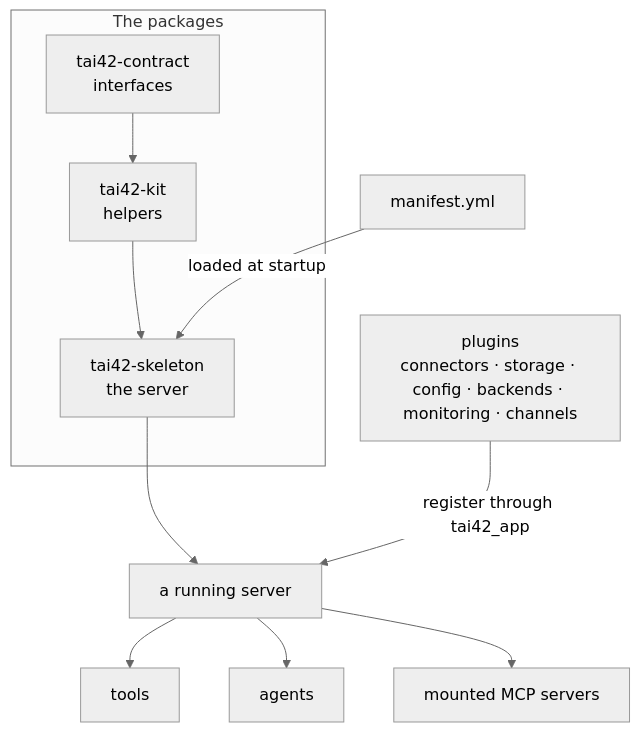
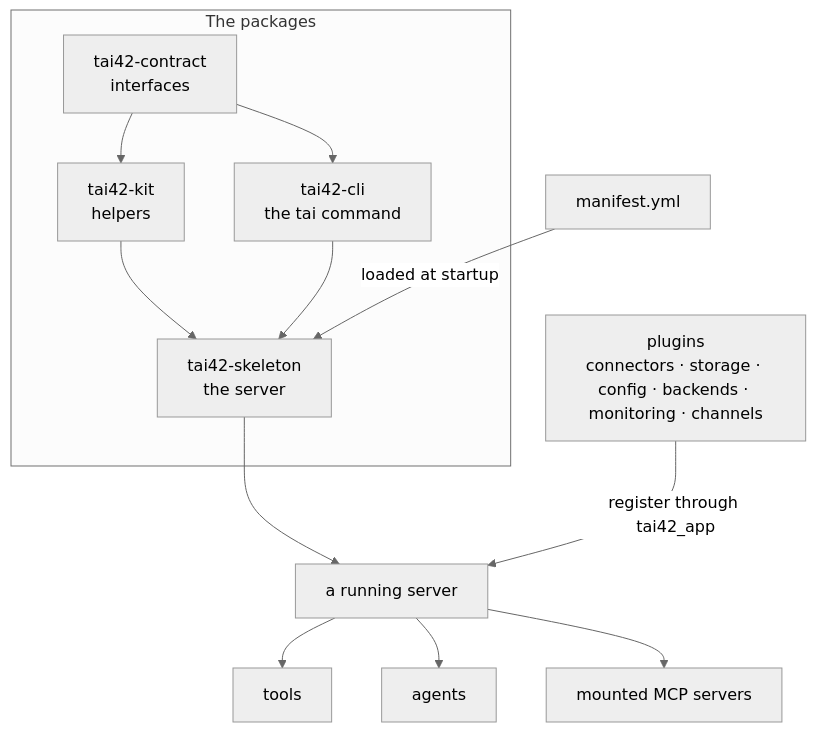
Before and after one commit to tai42ai/tai-docs: the diagram in getting-started/mental-model.mdx, drawn with Mermaid (neutral theme). The commit also changed other lines of this file and 49 other files, not shown here.

````diff
--- a/getting-started/mental-model.mdx
+++ b/getting-started/mental-model.mdx
@@ -16,12 +16,13 @@
 ```mermaid
 flowchart TD
     subgraph packages["The packages"]
         C["tai42-contract<br/>interfaces"] --> K["tai42-kit<br/>helpers"] --> S["tai42-skeleton<br/>the server"]
+        C --> L["tai42-cli<br/>the tai command"] --> S
     end
     M["manifest.yml"] -->|loaded at startup| S
     S --> R["a running server"]
     R --> T["tools"]
     R --> A["agents"]
     R --> X["mounted MCP servers"]
     P["plugins<br/>connectors · storage · config · backends · monitoring · channels"] -->|register through tai42_app| R
 ```
````
